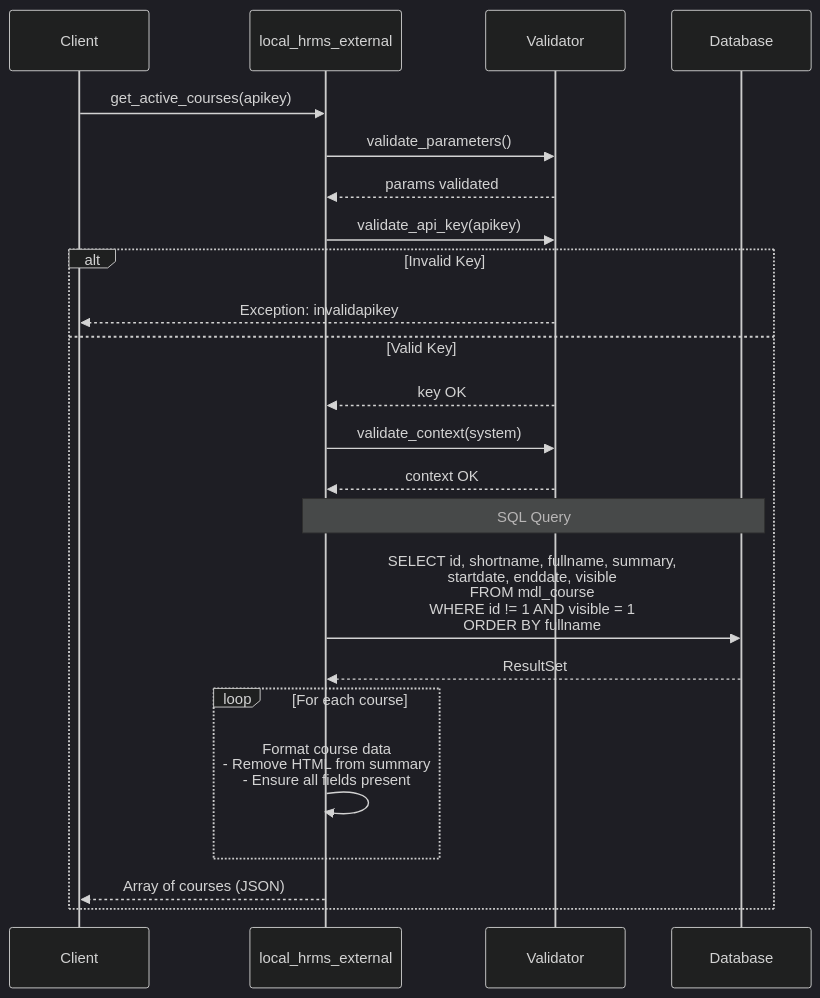
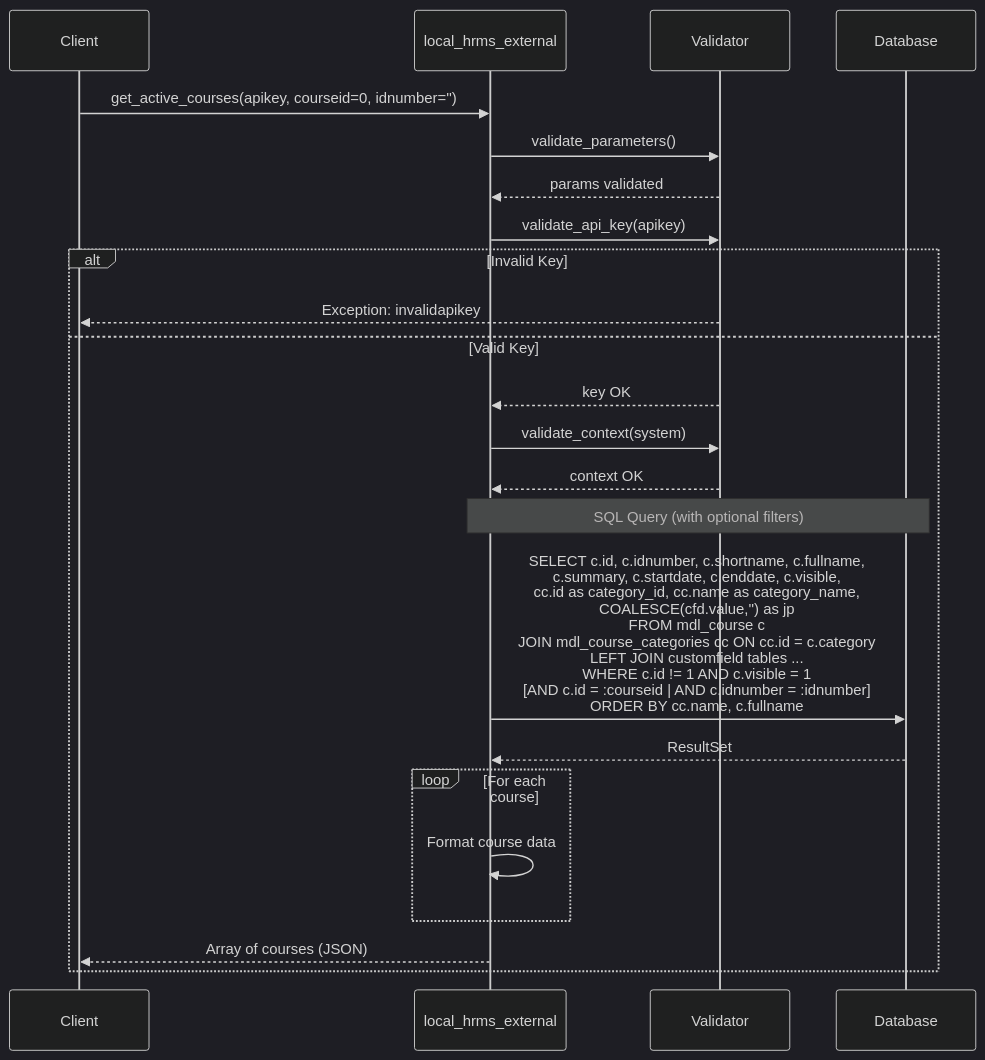
One commit to toosa/moodle-hrms changed the third of 21 diagrams in DIAGRAMS.md. Above: the diagram before and after it, drawn with Mermaid (dark theme). The commit also changed other lines of this file and 1 other file, not shown here.

First line of the commit message:
Refactor and expand sequence diagrams in DIAGRAMS.md

````diff
--- a/DIAGRAMS.md
+++ b/DIAGRAMS.md
@@ -98,34 +111,34 @@
 ```mermaid
 sequenceDiagram
     participant Client
     participant API as local_hrms_external
     participant Validator
     participant DB as Database
     
-    Client->>API: get_active_courses(apikey)
+    Client->>API: get_active_courses(apikey, courseid=0, idnumber='')
     
     API->>Validator: validate_parameters()
     Validator-->>API: params validated
     
     API->>Validator: validate_api_key(apikey)
     
     alt Invalid Key
         Validator-->>Client: Exception: invalidapikey
     else Valid Key
         Validator-->>API: key OK
         
         API->>Validator: validate_context(system)
         Validator-->>API: context OK
         
-        Note over API,DB: SQL Query
-        API->>DB: SELECT id, shortname, fullname, summary,<br/>startdate, enddate, visible<br/>FROM mdl_course<br/>WHERE id != 1 AND visible = 1<br/>ORDER BY fullname
+        Note over API,DB: SQL Query (with optional filters)
+        API->>DB: SELECT c.id, c.idnumber, c.shortname, c.fullname,<br/>c.summary, c.startdate, c.enddate, c.visible,<br/>cc.id as category_id, cc.name as category_name,<br/>COALESCE(cfd.value,'') as jp<br/>FROM mdl_course c<br/>JOIN mdl_course_categories cc ON cc.id = c.category<br/>LEFT JOIN customfield tables ...<br/>WHERE c.id != 1 AND c.visible = 1<br/>[AND c.id = :courseid | AND c.idnumber = :idnumber]<br/>ORDER BY cc.name, c.fullname
         
         DB-->>API: ResultSet
         
         loop For each course
-            API->>API: Format course data<br/>- Remove HTML from summary<br/>- Ensure all fields present
+            API->>API: Format course data
         end
         
         API-->>Client: Array of courses (JSON)
     end
 ```
````
